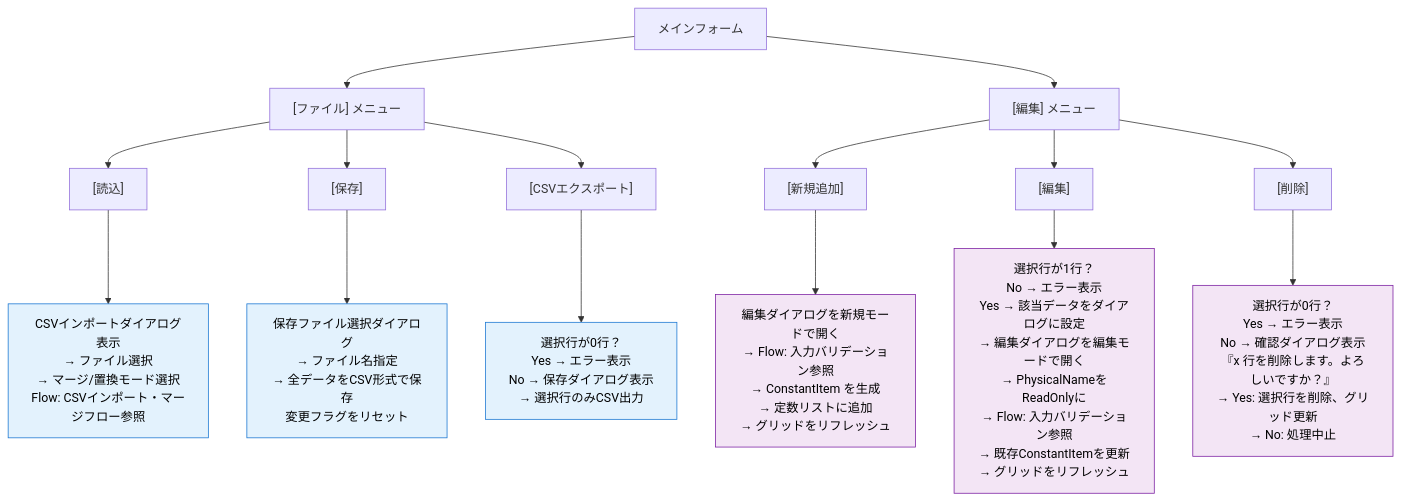
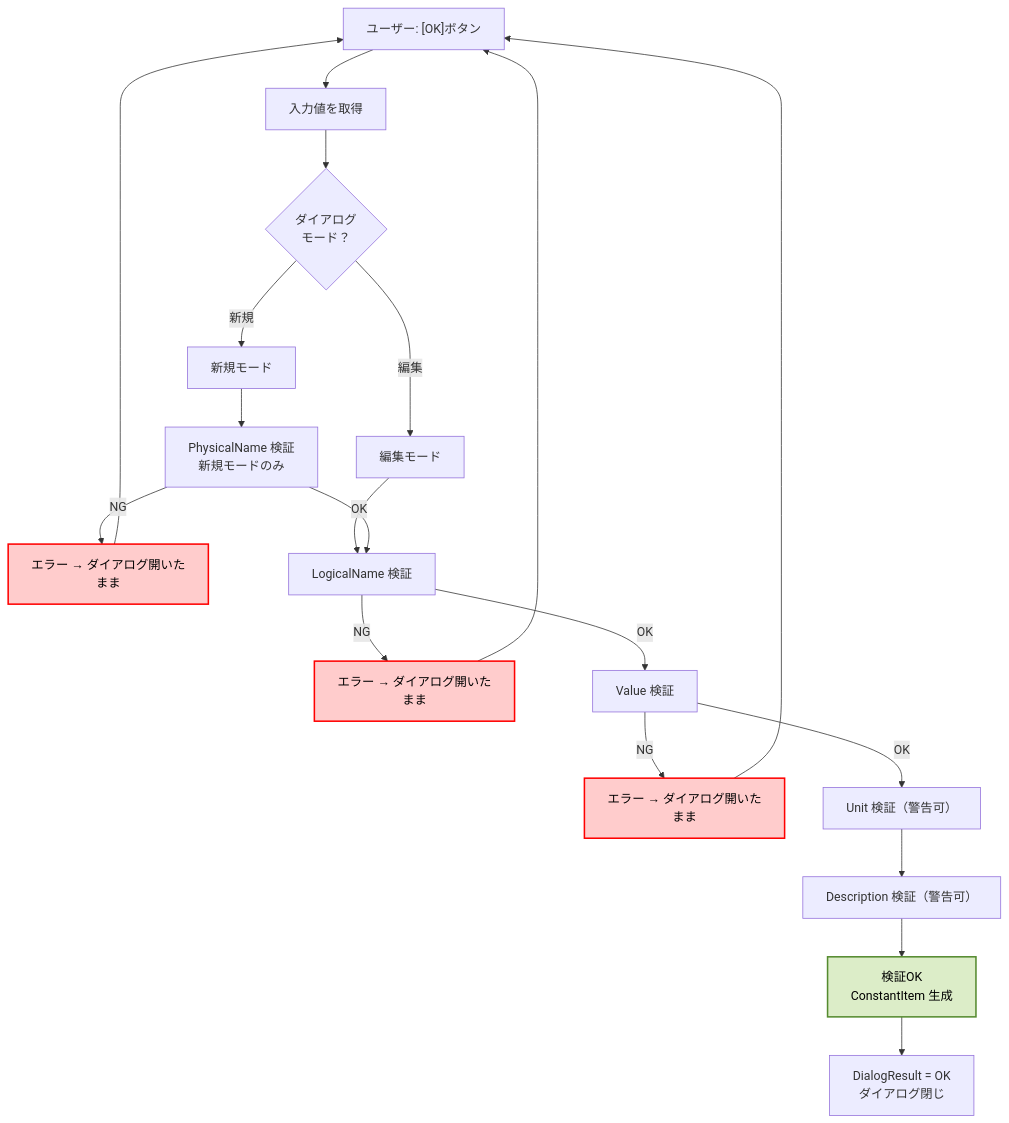
One commit to r-kuriki/handson-practice-2026-4-3days changed the fifth of 6 diagrams in docs/specifications/internal_spec.md. Above: the diagram before and after it, drawn with Mermaid. The commit also changed other lines of this file and 14 other files, not shown here.

````diff
--- a/docs/specifications/internal_spec.md
+++ b/docs/specifications/internal_spec.md
@@ -436,42 +488,37 @@
 ```mermaid
 flowchart TD
-    MF["メインフォーム"]
+    A["ユーザー: [OK]ボタン"]
+    B["入力値を取得"]
+    C{"ダイアログ<br/>モード？"}
+    C_NEW["新規モード"]
+    C_EDIT["編集モード"]
+    V1["PhysicalName 検証<br/>新規モードのみ"]
+    V1_NG["エラー → ダイアログ開いたまま"]
+    V2["LogicalName 検証"]
+    V2_NG["エラー → ダイアログ開いたまま"]
+    V3["Value 検証"]
+    V3_NG["エラー → ダイアログ開いたまま"]
+    V4["Unit 検証（警告可）"]
+    V5["Description 検証（警告可）"]
+    FINAL["検証OK<br/>ConstantItem 生成"]
+    OK["DialogResult = OK<br/>ダイアログ閉じ"]
     
-    FM["[ファイル] メニュー"]
-    FM1["[読込]"]
-    FM2["[保存]"]
-    FM3["[CSVエクスポート]"]
+    A --> B
+    B --> C
+    C -->|新規| C_NEW --> V1
+    C -->|編集| C_EDIT --> V2
+    V1 -->|OK| V2
+    V1 -->|NG| V1_NG --> A
+    V2 -->|OK| V3
+    V2 -->|NG| V2_NG --> A
+    V3 -->|OK| V4
+    V3 -->|NG| V3_NG --> A
+    V4 --> V5
+    V5 --> FINAL
+    FINAL --> OK
     
-    EM["[編集] メニュー"]
-    EM1["[新規追加]"]
-    EM2["[編集]"]
-    EM3["[削除]"]
-    
-    FM1_PROC["CSVインポートダイアログ表示<br/>→ ファイル選択<br/>→ マージ/置換モード選択<br/>Flow: CSVインポート・マージフロー参照"]
-    FM2_PROC["保存ファイル選択ダイアログ<br/>→ ファイル名指定<br/>→ 全データをCSV形式で保存<br/>変更フラグをリセット"]
-    FM3_PROC["選択行が0行？<br/>Yes → エラー表示<br/>No → 保存ダイアログ表示<br/>→ 選択行のみCSV出力"]
-    
-    EM1_PROC["編集ダイアログを新規モードで開く<br/>→ Flow: 入力バリデーション参照<br/>→ ConstantItem を生成<br/>→ 定数リストに追加<br/>→ グリッドをリフレッシュ"]
-    
-    EM2_PROC["選択行が1行？<br/>No → エラー表示<br/>Yes → 該当データをダイアログに設定<br/>→ 編集ダイアログを編集モードで開く<br/>→ PhysicalNameをReadOnlyに<br/>→ Flow: 入力バリデーション参照<br/>→ 既存ConstantItemを更新<br/>→ グリッドをリフレッシュ"]
-    
-    EM3_PROC["選択行が0行？<br/>Yes → エラー表示<br/>No → 確認ダイアログ表示<br/>『x 行を削除します。よろしいですか？』<br/>→ Yes: 選択行を削除、グリッド更新<br/>→ No: 処理中止"]
-    
-    MF --> FM & EM
-    FM --> FM1 & FM2 & FM3
-    EM --> EM1 & EM2 & EM3
-    
-    FM1 --> FM1_PROC
-    FM2 --> FM2_PROC
-    FM3 --> FM3_PROC
-    EM1 --> EM1_PROC
-    EM2 --> EM2_PROC
-    EM3 --> EM3_PROC
-    
-    style FM1_PROC fill:#e3f2fd,color:#000000,stroke:#1976d2,stroke-width:1px
-    style FM2_PROC fill:#e3f2fd,color:#000000,stroke:#1976d2,stroke-width:1px
-    style FM3_PROC fill:#e3f2fd,color:#000000,stroke:#1976d2,stroke-width:1px
-    style EM1_PROC fill:#f3e5f5,color:#000000,stroke:#7b1fa2,stroke-width:1px
-    style EM2_PROC fill:#f3e5f5,color:#000000,stroke:#7b1fa2,stroke-width:1px
-    style EM3_PROC fill:#f3e5f5,color:#000000,stroke:#7b1fa2,stroke-width:1px
+    style V1_NG fill:#ffcccc,color:#000000,stroke:#ff0000,stroke-width:2px
+    style V2_NG fill:#ffcccc,color:#000000,stroke:#ff0000,stroke-width:2px
+    style V3_NG fill:#ffcccc,color:#000000,stroke:#ff0000,stroke-width:2px
+    style FINAL fill:#dcedc8,color:#000000,stroke:#558b2f,stroke-width:2px
 ```
````
